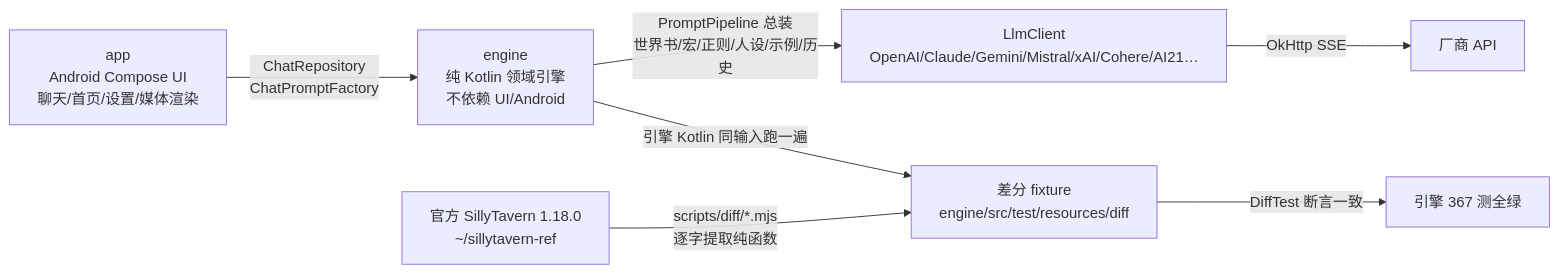
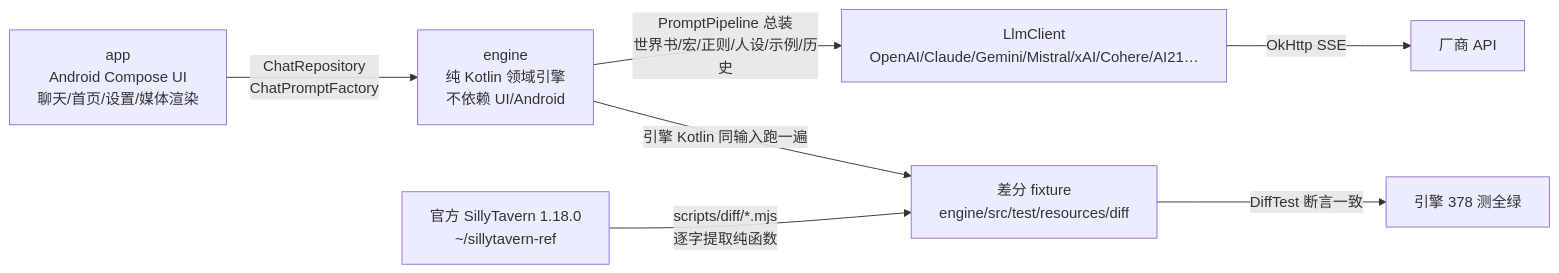
One commit to heikeyangle-code/ember-inn changed the diagram in docs/HANDOFF.md. Above: the diagram before and after it, drawn with Mermaid. The commit also changed other lines of this file and 47 other files, not shown here.

````diff
--- a/docs/HANDOFF.md
+++ b/docs/HANDOFF.md
@@ -8,9 +8,9 @@
 ```mermaid
 flowchart LR
  A[app<br/>Android Compose UI<br/>聊天/首页/设置/媒体渲染] -->|ChatRepository<br/>ChatPromptFactory| B[engine<br/>纯 Kotlin 领域引擎<br/>不依赖 UI/Android]
  B -->|PromptPipeline 总装<br/>世界书/宏/正则/人设/示例/历史| C[LlmClient<br/>OpenAI/Claude/Gemini/Mistral/xAI/Cohere/AI21…]
  C -->|OkHttp SSE| D[厂商 API]
  E[官方 SillyTavern 1.18.0<br/>~/sillytavern-ref] -->|scripts/diff/*.mjs<br/>逐字提取纯函数| F[差分 fixture<br/>engine/src/test/resources/diff]
  B -->|引擎 Kotlin 同输入跑一遍| F
- F -->|DiffTest 断言一致| G[引擎 367 测全绿]
+ F -->|DiffTest 断言一致| G[引擎 378 测全绿]
 ```
````
